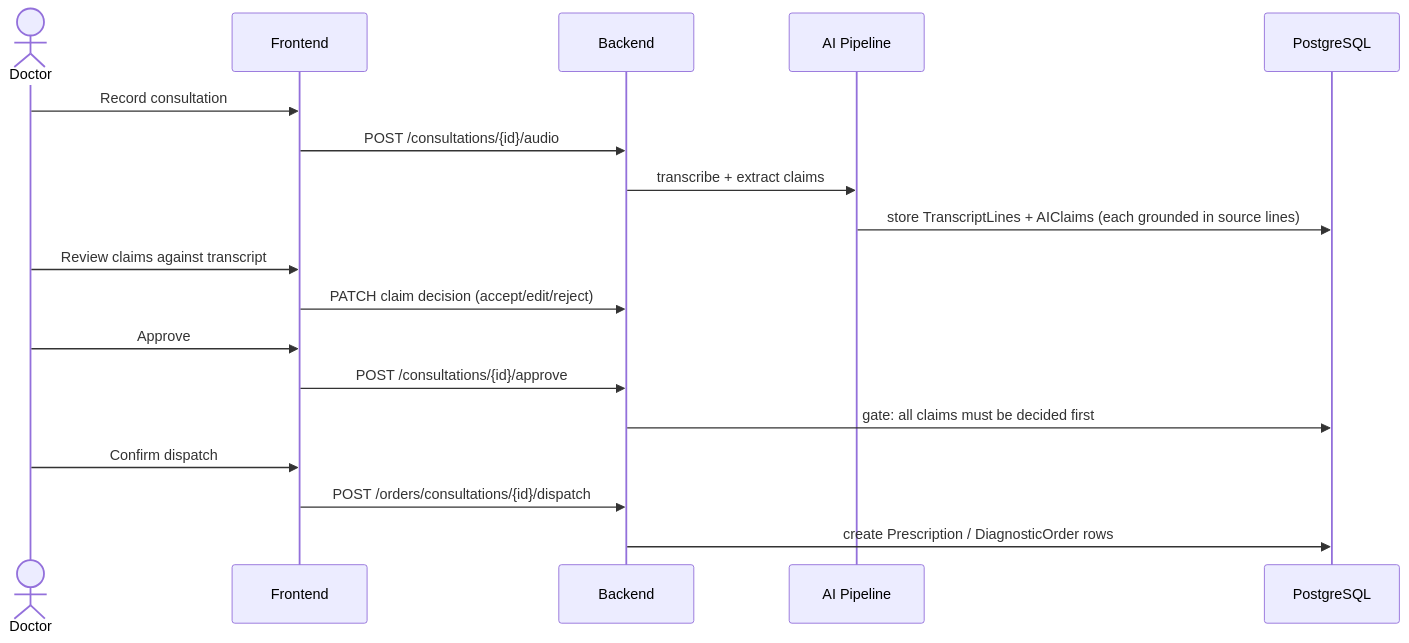
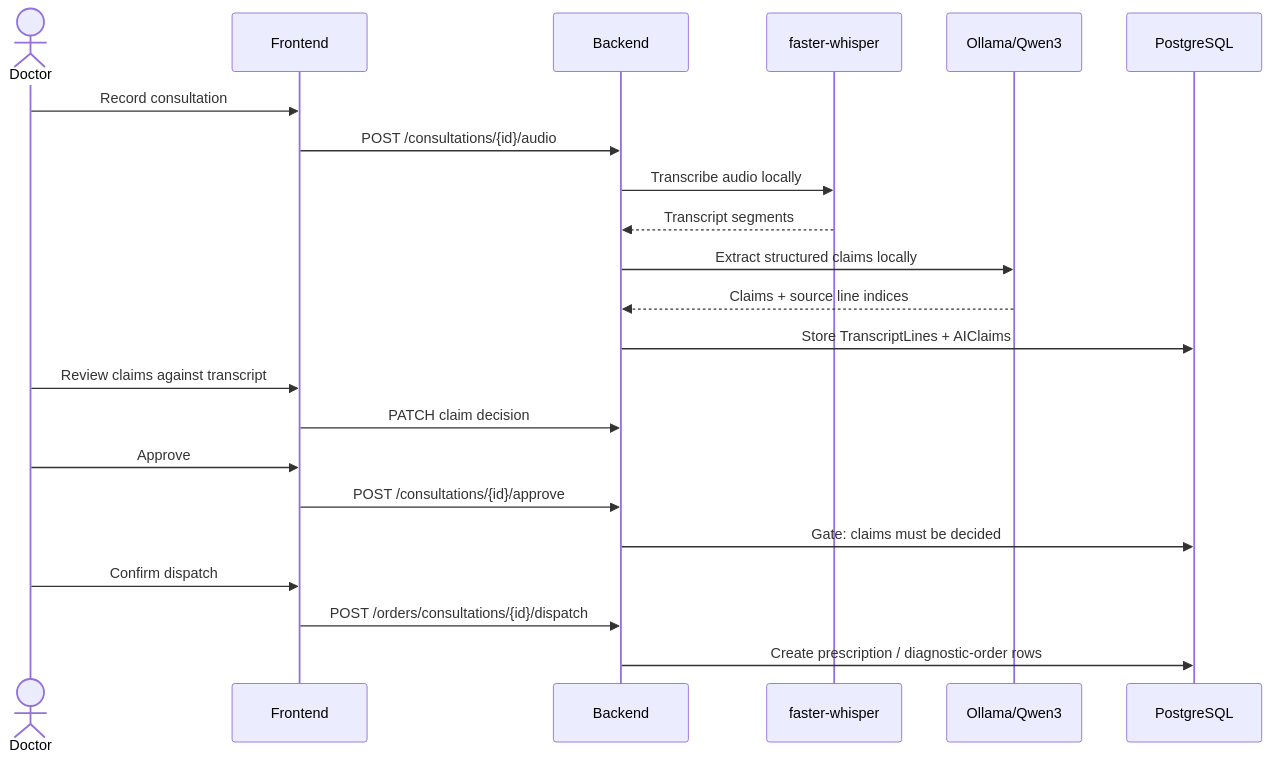
Before and after one commit to sahil0322/Health_consulting-: the second of 2 diagrams in README.md, drawn with Mermaid. The commit also changed other lines of this file and 2 other files, not shown here.

Commit message:
Switched AI pipeline to local models

````diff
--- a/README.md
+++ b/README.md
@@ -117,21 +249,25 @@
 ```mermaid
 sequenceDiagram
     actor Doctor
     participant FE as Frontend
     participant API as Backend
-    participant AI as AI Pipeline
+    participant STT as faster-whisper
+    participant LLM as Ollama/Qwen3
     participant DB as PostgreSQL
 
     Doctor->>FE: Record consultation
     FE->>API: POST /consultations/{id}/audio
-    API->>AI: transcribe + extract claims
-    AI->>DB: store TranscriptLines + AIClaims (each grounded in source lines)
+    API->>STT: Transcribe audio locally
+    STT-->>API: Transcript segments
+    API->>LLM: Extract structured claims locally
+    LLM-->>API: Claims + source line indices
+    API->>DB: Store TranscriptLines + AIClaims
     Doctor->>FE: Review claims against transcript
-    FE->>API: PATCH claim decision (accept/edit/reject)
+    FE->>API: PATCH claim decision
     Doctor->>FE: Approve
     FE->>API: POST /consultations/{id}/approve
-    API->>DB: gate: all claims must be decided first
+    API->>DB: Gate: claims must be decided
     Doctor->>FE: Confirm dispatch
     FE->>API: POST /orders/consultations/{id}/dispatch
-    API->>DB: create Prescription / DiagnosticOrder rows
+    API->>DB: Create prescription / diagnostic-order rows
 ```
````
